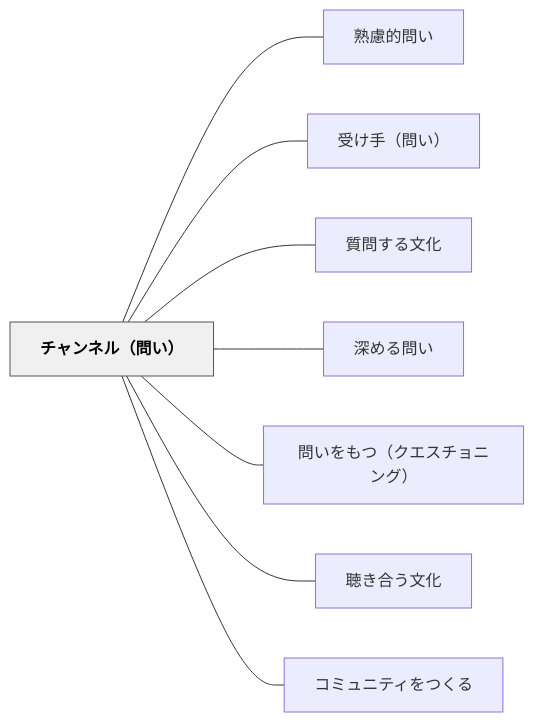
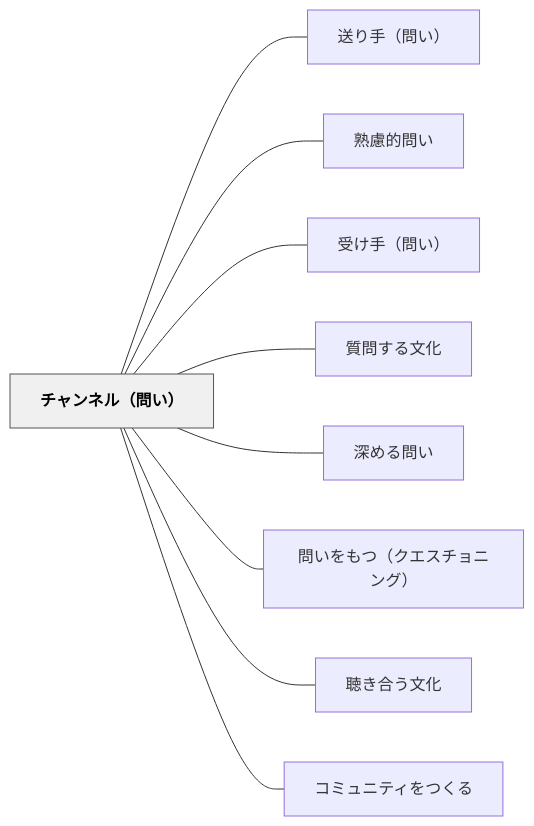
One commit to unknownthings-ed-patterns/unknownthings-ed-patterns changed the diagram in content/パタン/チャンネル（問い）.md. Above: the diagram before and after it, drawn with Mermaid. The commit also changed other lines of this file and 35 other files, not shown here.

````diff
--- a/content/パタン/チャンネル（問い）.md
+++ b/content/パタン/チャンネル（問い）.md
@@ -46,22 +47,24 @@
 ```mermaid
 flowchart LR
     ne38381e383a3e383b3e3838de383abefbc88e5958fe38184efbc89["チャンネル（問い）"]
+    ne98081e3828ae6898befbc88e5958fe38184efbc89["送り手（問い）"]
     ne7869fe685aee79a84e5958fe38184["熟慮的問い"]
     ne58f97e38191e6898befbc88e5958fe38184efbc89["受け手（問い）"]
     ne8b3aae5958fe38199e3828be69687e58c96["質問する文化"]
     ne6b7b1e38281e3828be5958fe38184["深める問い"]
     ne5958fe38184e38292e38282e381a4efbc88e382afe382a8e382b9e38381e383a7e3838be383b3e382b0efbc89["問いをもつ（クエスチョニング）"]
     ne881b4e3818de59088e38186e69687e58c96["聴き合う文化"]
     ne382b3e3839fe383a5e3838be38386e382a3e38292e381a4e3818fe3828b["コミュニティをつくる"]
 
+    ne38381e383a3e383b3e3838de383abefbc88e5958fe38184efbc89 --- ne98081e3828ae6898befbc88e5958fe38184efbc89
     ne38381e383a3e383b3e3838de383abefbc88e5958fe38184efbc89 --- ne7869fe685aee79a84e5958fe38184
     ne38381e383a3e383b3e3838de383abefbc88e5958fe38184efbc89 --- ne58f97e38191e6898befbc88e5958fe38184efbc89
     ne38381e383a3e383b3e3838de383abefbc88e5958fe38184efbc89 --- ne8b3aae5958fe38199e3828be69687e58c96
     ne38381e383a3e383b3e3838de383abefbc88e5958fe38184efbc89 --- ne6b7b1e38281e3828be5958fe38184
     ne38381e383a3e383b3e3838de383abefbc88e5958fe38184efbc89 --- ne5958fe38184e38292e38282e381a4efbc88e382afe382a8e382b9e38381e383a7e3838be383b3e382b0efbc89
     ne38381e383a3e383b3e3838de383abefbc88e5958fe38184efbc89 --- ne881b4e3818de59088e38186e69687e58c96
     ne38381e383a3e383b3e3838de383abefbc88e5958fe38184efbc89 --- ne382b3e3839fe383a5e3838be38386e382a3e38292e381a4e3818fe3828b
 
     classDef hub fill:#f0f0f0,stroke:#555,color:#000,font-weight:bold
     class ne38381e383a3e383b3e3838de383abefbc88e5958fe38184efbc89 hub
 ```
````
